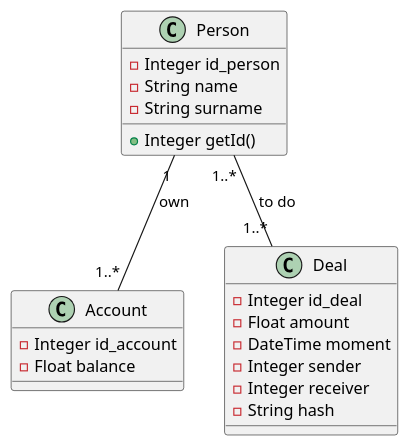
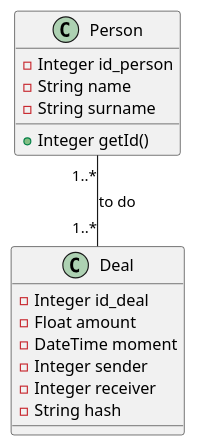
The diagram in UML/diagram.puml (bruaba/TCHAI-CHEIKH-MARONE-ELIO-KHATER), drawn with PlantUML before and after one commit. The commit also changed 2 other files, not shown here.

Commit message:
Account #3

```diff
--- a/UML/diagram.puml
+++ b/UML/diagram.puml
@@ -2,31 +2,26 @@
 @startuml
 
 
 
 class Person {
 	- Integer id_person
 	- String name
 	- String surname
 
 	+ Integer getId()
 }
 
-class Account {
-	- Integer id_account
-	- Float balance
-}
 
 class Deal {
 
 	- Integer id_deal
 	- Float amount
 	- DateTime moment
 	- Integer sender
 	- Integer receiver
 	- String hash
 }
 
 Person "1..*" -- "1..*" Deal : to do
-Person "1" -- "1..*" Account : own
 
 @enduml
```
